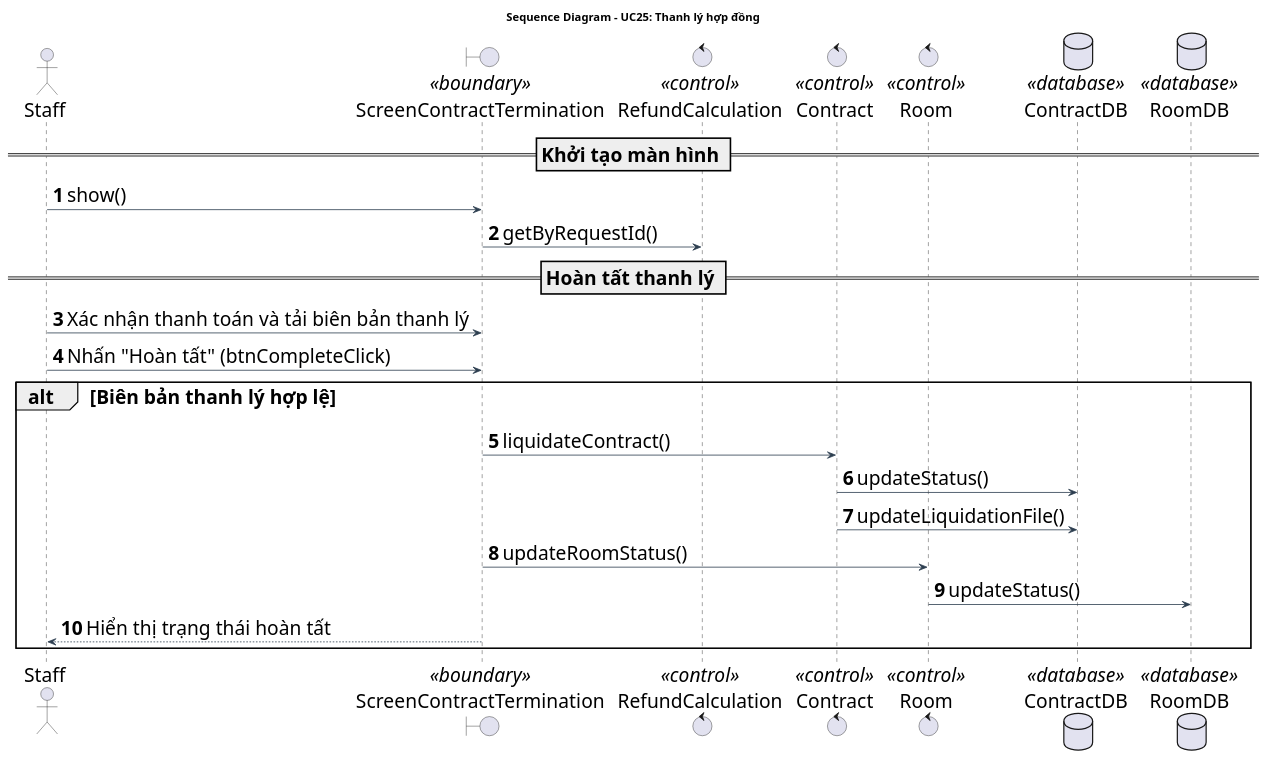
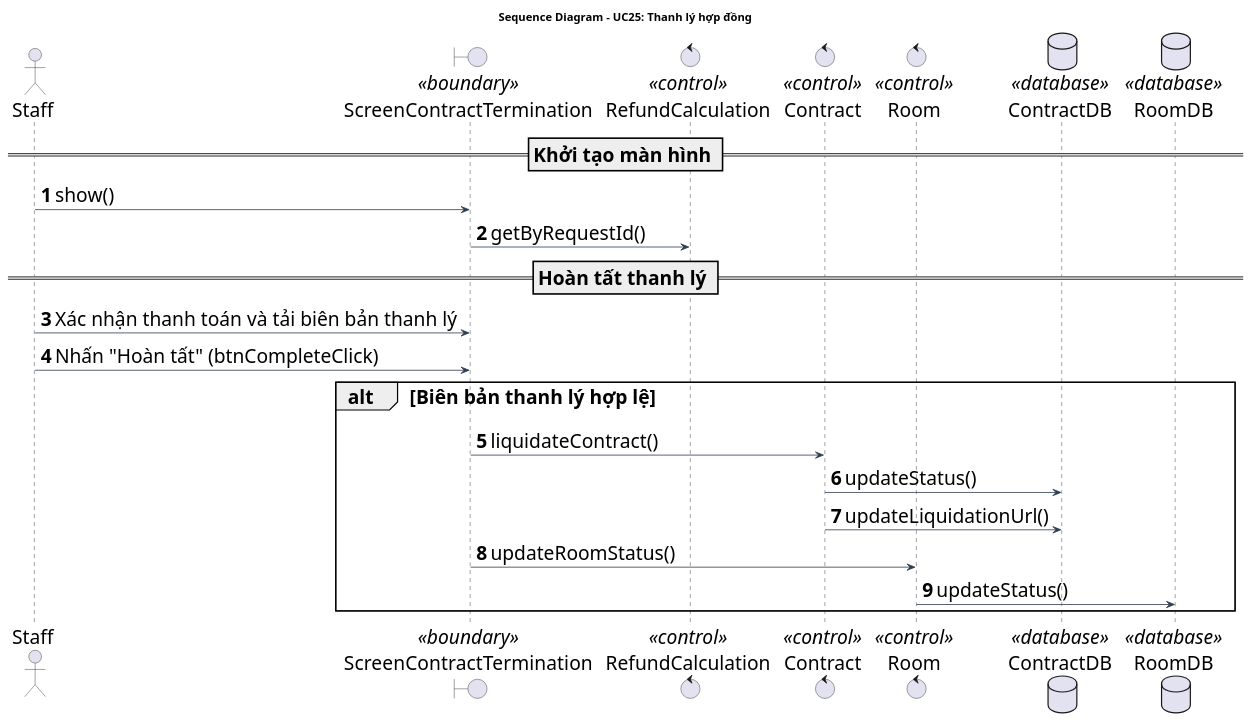
Before and after one commit to Gnourt812005/HCMUS-Analyze-and-desgin-IS: the diagram in doc/system/thanh_ly_hop_dong/ThanhLyHopDong_SequenceDiagram.wsd, drawn with PlantUML. The commit also changed 23 other files, not shown here.

```diff
--- a/doc/system/thanh_ly_hop_dong/ThanhLyHopDong_SequenceDiagram.wsd
+++ b/doc/system/thanh_ly_hop_dong/ThanhLyHopDong_SequenceDiagram.wsd
@@ -1,41 +1,40 @@
 @startuml ThanhLyHopDong_SequenceDiagram
 title Sequence Diagram - UC25: Thanh lý hợp đồng
 
 skinparam {
     BackgroundColor White
     ArrowColor #2D3E50
     DefaultFontName "Arial"
     DefaultFontSize 24
     ParticipantPadding 20
 }
 
 actor "Staff" as NV
 boundary "ScreenContractTermination" as Screen <<boundary>>
 control "RefundCalculation" as Calc <<control>>
 control "Contract" as Contract <<control>>
 control "Room" as Room <<control>>
 database "ContractDB" as ContractDB <<database>>
 database "RoomDB" as RoomDB <<database>>
 
 autonumber
 
 == Khởi tạo màn hình ==
 NV -> Screen: show()
 Screen -> Calc: getByRequestId()
 
 == Hoàn tất thanh lý ==
 NV -> Screen: Xác nhận thanh toán và tải biên bản thanh lý
 NV -> Screen: Nhấn "Hoàn tất" (btnCompleteClick)
 
 alt Biên bản thanh lý hợp lệ
     Screen -> Contract: liquidateContract()
     Contract -> ContractDB: updateStatus()
-    Contract -> ContractDB: updateLiquidationFile()
+    Contract -> ContractDB: updateLiquidationUrl()
 
     Screen -> Room: updateRoomStatus()
     Room -> RoomDB: updateStatus()
     
-    Screen --> NV: Hiển thị trạng thái hoàn tất
 end
 
 @enduml
```
